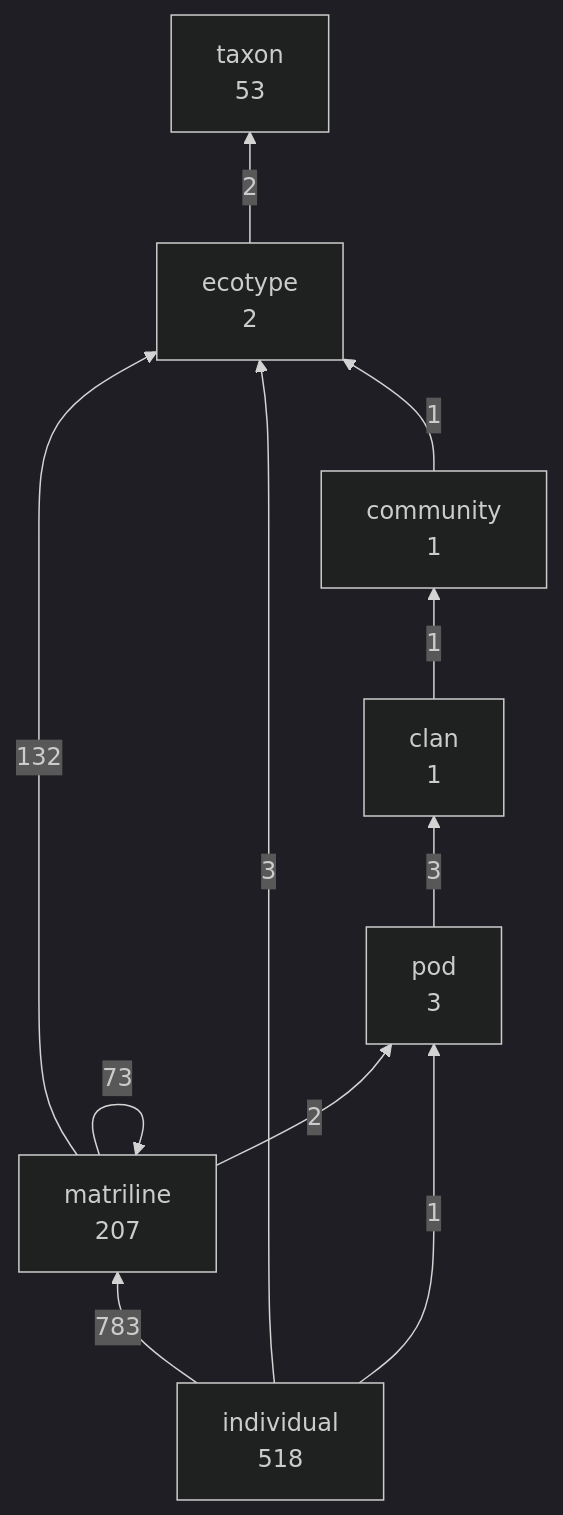
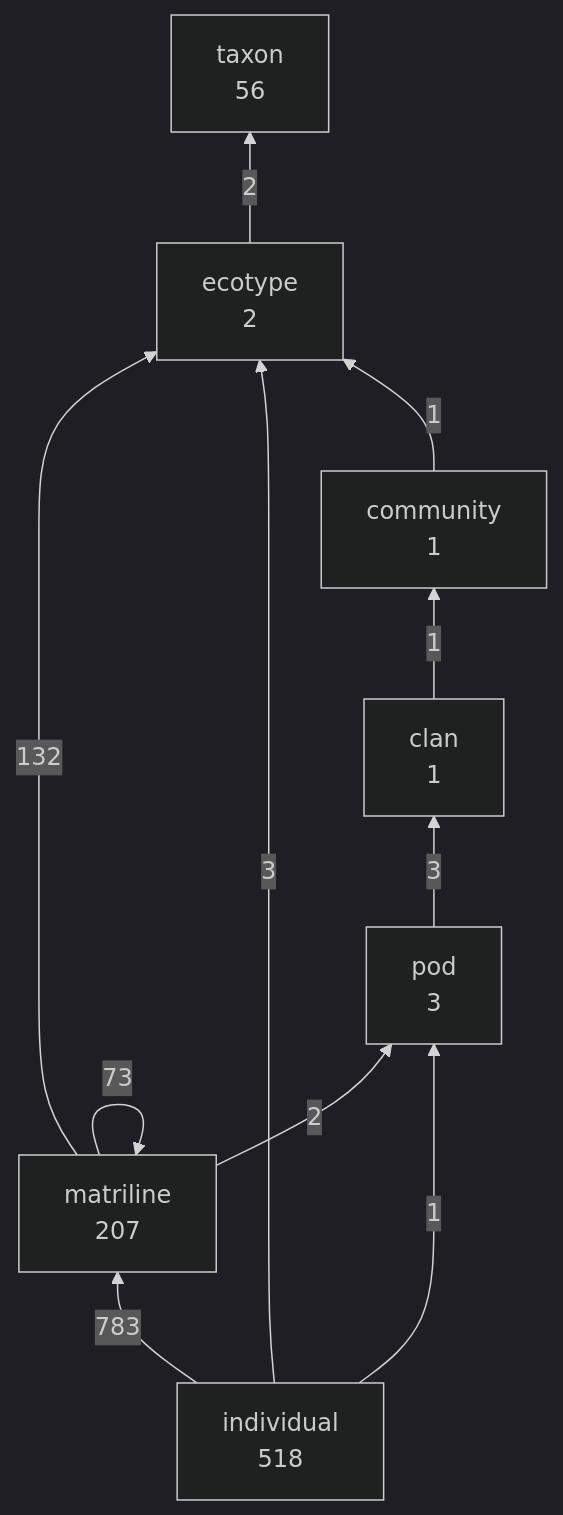
One commit to salish-sea/animals changed the first of 2 diagrams in dist/structure.md. Above: the diagram before and after it, drawn with Mermaid (dark theme). The commit also changed 9 other files, not shown here.

````diff
--- a/dist/structure.md
+++ b/dist/structure.md
@@ -11,20 +11,20 @@
 ```mermaid
 graph BT
   clan["clan<br/>1"]
   community["community<br/>1"]
   ecotype["ecotype<br/>2"]
   individual["individual<br/>518"]
   matriline["matriline<br/>207"]
   pod["pod<br/>3"]
-  taxon["taxon<br/>53"]
+  taxon["taxon<br/>56"]
   individual -->|783| matriline
   matriline -->|132| ecotype
   matriline -->|73| matriline
   individual -->|3| ecotype
   pod -->|3| clan
   ecotype -->|2| taxon
   matriline -->|2| pod
   clan -->|1| community
   community -->|1| ecotype
   individual -->|1| pod
 ```
````
